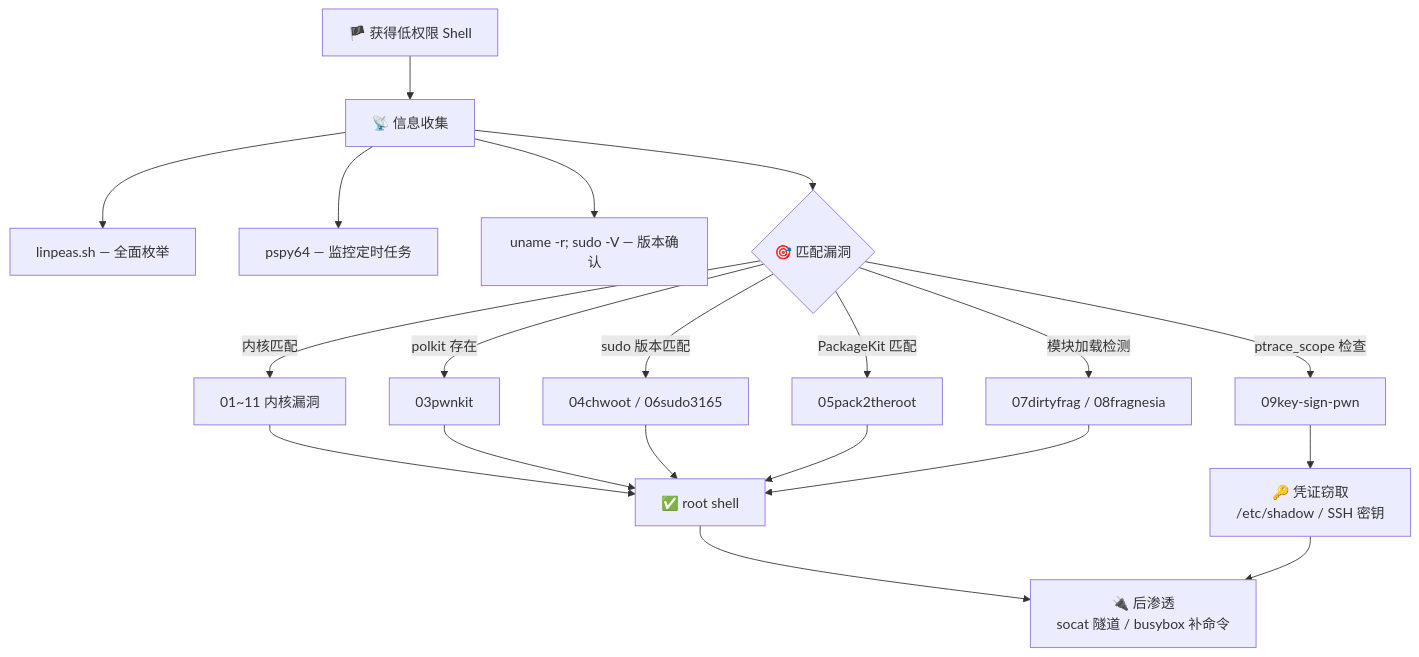
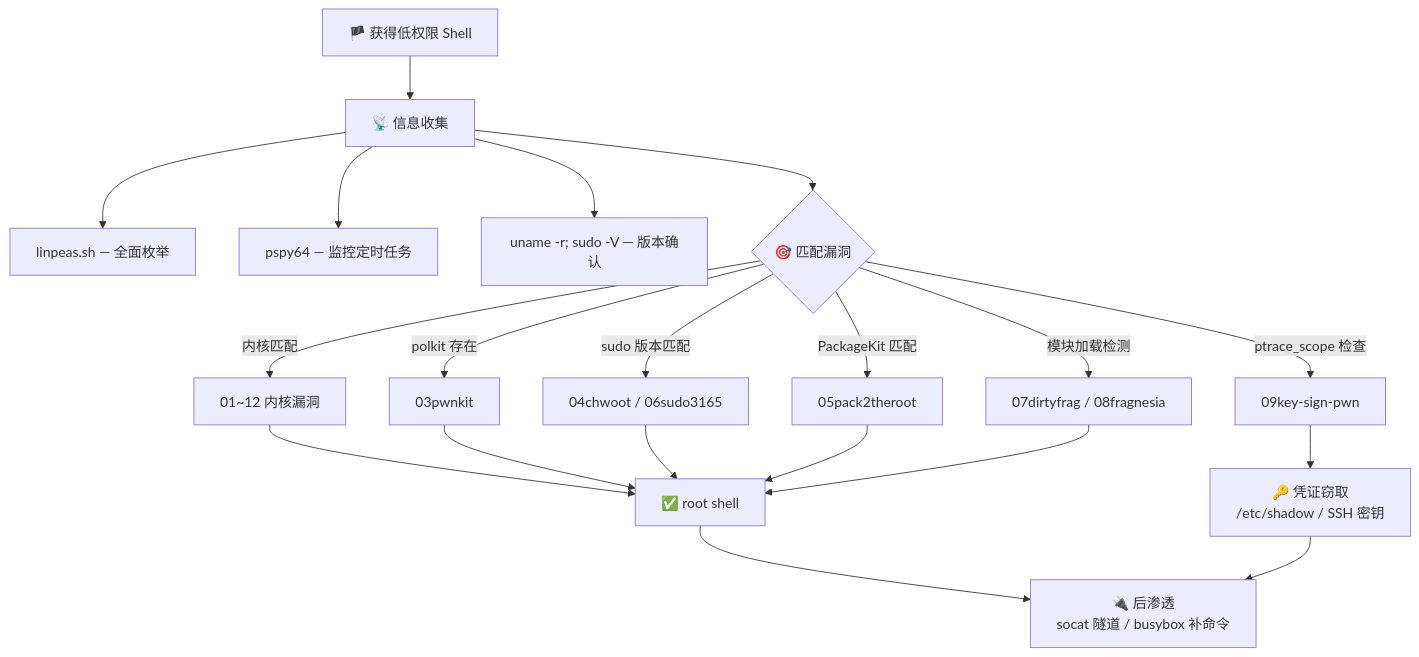
Before and after one commit to Apursuit/ll-privesc-kit: the diagram in README.md, drawn with Mermaid. The commit also changed other lines of this file and 8 other files, not shown here.

````diff
--- a/README.md
+++ b/README.md
@@ -99,22 +102,22 @@
 ```mermaid
 flowchart TD
     A["🏴 获得低权限 Shell"] --> B["📡 信息收集"]
     B --> B1["linpeas.sh — 全面枚举"]
     B --> B2["pspy64 — 监控定时任务"]
     B --> B3["uname -r; sudo -V — 版本确认"]
     B --> C{"🎯 匹配漏洞"}
-    C -->|"内核匹配"| D["01~11 内核漏洞"]
+    C -->|"内核匹配"| D["01~12 内核漏洞"]
     C -->|"polkit 存在"| E["03pwnkit"]
     C -->|"sudo 版本匹配"| F["04chwoot / 06sudo3165"]
     C -->|"PackageKit 匹配"| G["05pack2theroot"]
     C -->|"模块加载检测"| J["07dirtyfrag / 08fragnesia"]
     C -->|"ptrace_scope 检查"| K["09key-sign-pwn"]
     D --> H["✅ root shell"]
     E --> H
     F --> H
     G --> H
     J --> H
     K --> L["🔑 凭证窃取<br>/etc/shadow / SSH 密钥"]
     H --> I["🔌 后渗透<br>socat 隧道 / busybox 补命令"]
     L --> I
 ```
````
